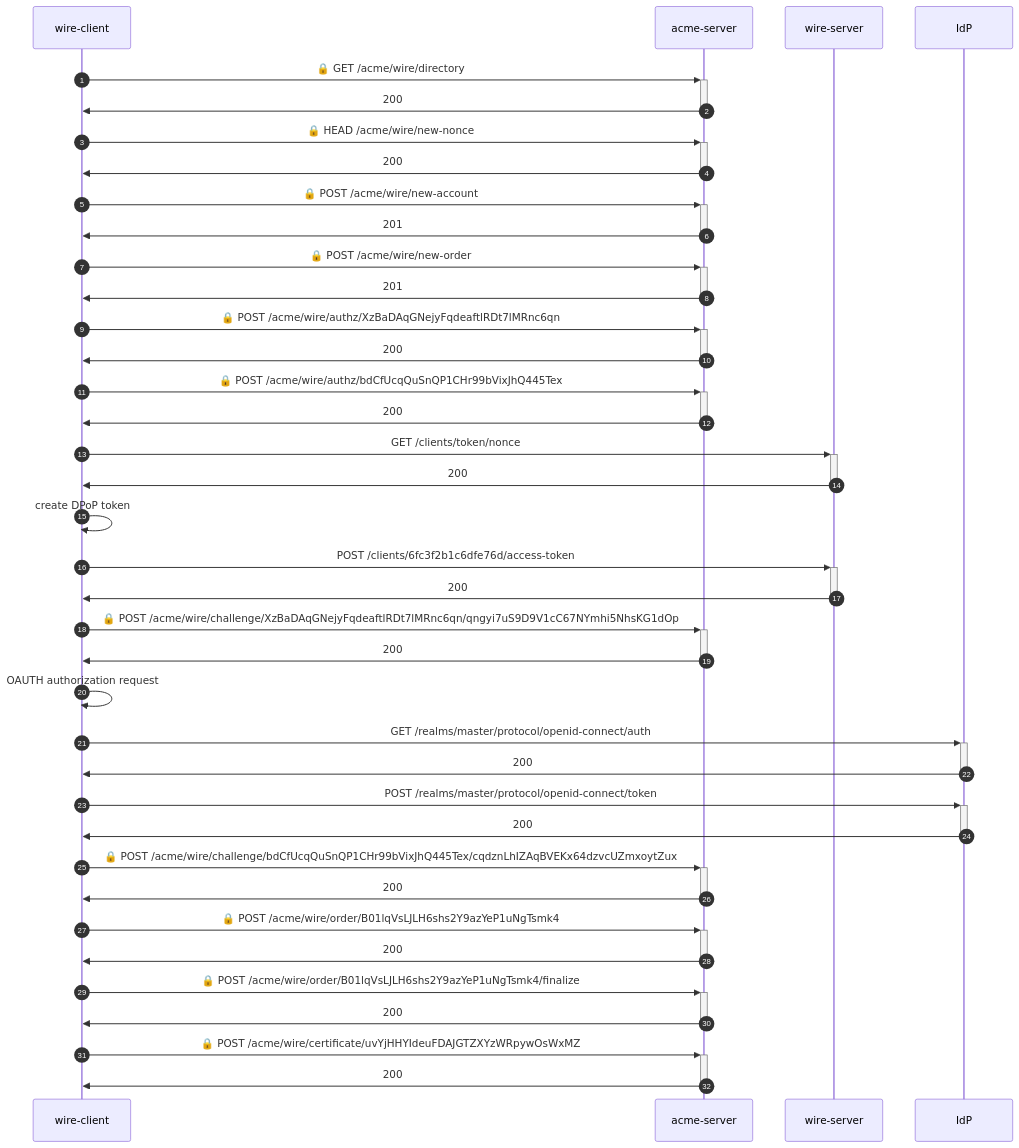
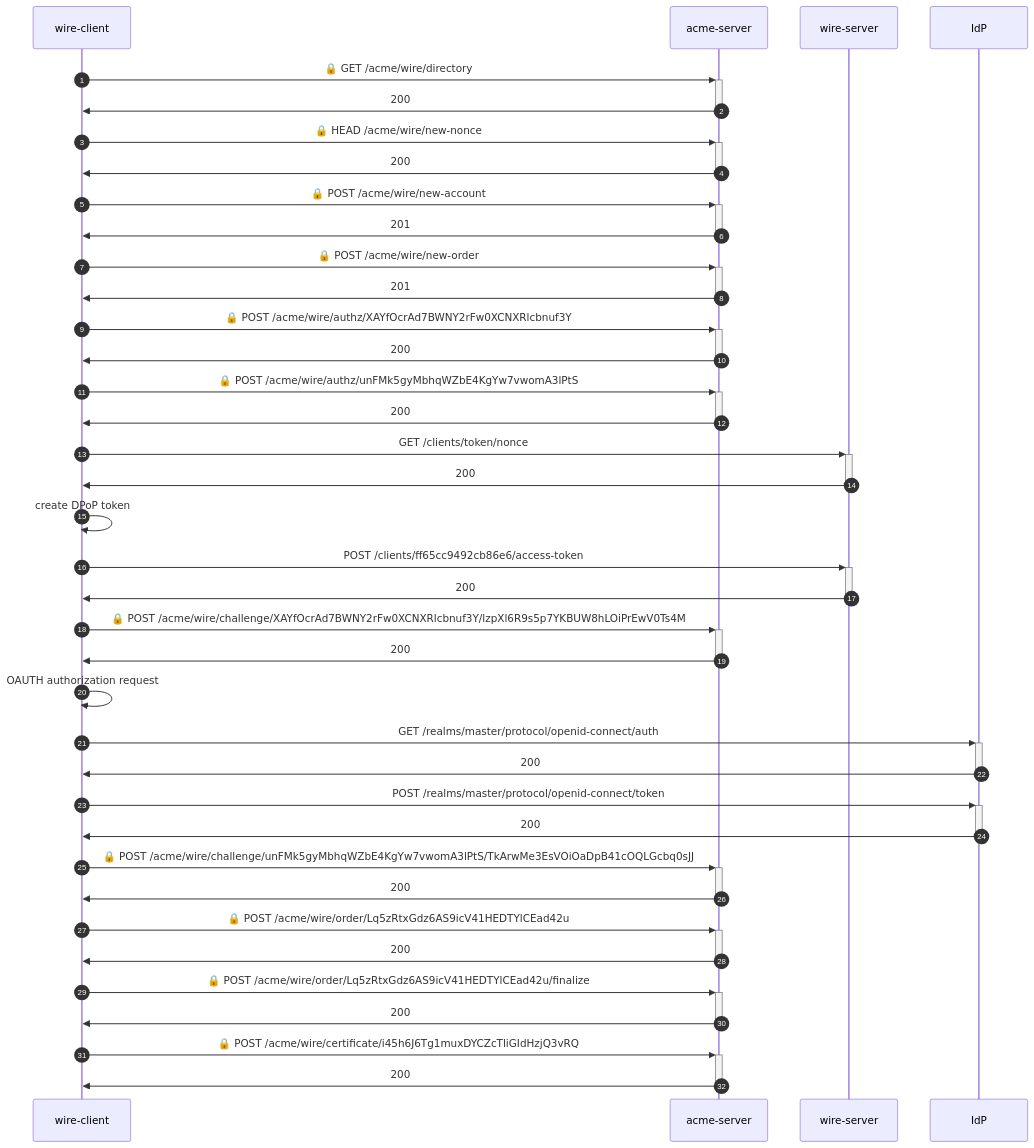
The first of 2 diagrams in e2e-identity/README.md (wireapp/rusty-jwt-tools), drawn with Mermaid before and after one commit. The commit also changed other lines of this file and 14 other files, not shown here.

Commit message:
fix: add a Keycloak ClientPolicyExecutor to alter the idToken generated by a refreshToken

````diff
--- a/e2e-identity/README.md
+++ b/e2e-identity/README.md
@@ -3,36 +3,36 @@
 ```mermaid
 sequenceDiagram
     autonumber
     wire-client->>+acme-server: 🔒 GET /acme/wire/directory
     acme-server->>-wire-client: 200
     wire-client->>+acme-server: 🔒 HEAD /acme/wire/new-nonce
     acme-server->>-wire-client: 200
     wire-client->>+acme-server: 🔒 POST /acme/wire/new-account
     acme-server->>-wire-client: 201
     wire-client->>+acme-server: 🔒 POST /acme/wire/new-order
     acme-server->>-wire-client: 201
-    wire-client->>+acme-server: 🔒 POST /acme/wire/authz/XzBaDAqGNejyFqdeaftlRDt7lMRnc6qn
+    wire-client->>+acme-server: 🔒 POST /acme/wire/authz/XAYfOcrAd7BWNY2rFw0XCNXRlcbnuf3Y
     acme-server->>-wire-client: 200
-    wire-client->>+acme-server: 🔒 POST /acme/wire/authz/bdCfUcqQuSnQP1CHr99bVixJhQ445Tex
+    wire-client->>+acme-server: 🔒 POST /acme/wire/authz/unFMk5gyMbhqWZbE4KgYw7vwomA3lPtS
     acme-server->>-wire-client: 200
     wire-client->>+wire-server:  GET /clients/token/nonce
     wire-server->>-wire-client: 200
     wire-client->>wire-client: create DPoP token
-    wire-client->>+wire-server:  POST /clients/6fc3f2b1c6dfe76d/access-token
+    wire-client->>+wire-server:  POST /clients/ff65cc9492cb86e6/access-token
     wire-server->>-wire-client: 200
-    wire-client->>+acme-server: 🔒 POST /acme/wire/challenge/XzBaDAqGNejyFqdeaftlRDt7lMRnc6qn/qngyi7uS9D9V1cC67NYmhi5NhsKG1dOp
+    wire-client->>+acme-server: 🔒 POST /acme/wire/challenge/XAYfOcrAd7BWNY2rFw0XCNXRlcbnuf3Y/lzpXl6R9s5p7YKBUW8hLOiPrEwV0Ts4M
     acme-server->>-wire-client: 200
     wire-client->>wire-client: OAUTH authorization request
     wire-client->>+IdP:  GET /realms/master/protocol/openid-connect/auth
     IdP->>-wire-client: 200
     wire-client->>+IdP:  POST /realms/master/protocol/openid-connect/token
     IdP->>-wire-client: 200
-    wire-client->>+acme-server: 🔒 POST /acme/wire/challenge/bdCfUcqQuSnQP1CHr99bVixJhQ445Tex/cqdznLhIZAqBVEKx64dzvcUZmxoytZux
+    wire-client->>+acme-server: 🔒 POST /acme/wire/challenge/unFMk5gyMbhqWZbE4KgYw7vwomA3lPtS/TkArwMe3EsVOiOaDpB41cOQLGcbq0sJJ
     acme-server->>-wire-client: 200
-    wire-client->>+acme-server: 🔒 POST /acme/wire/order/B01lqVsLJLH6shs2Y9azYeP1uNgTsmk4
+    wire-client->>+acme-server: 🔒 POST /acme/wire/order/Lq5zRtxGdz6AS9icV41HEDTYlCEad42u
     acme-server->>-wire-client: 200
-    wire-client->>+acme-server: 🔒 POST /acme/wire/order/B01lqVsLJLH6shs2Y9azYeP1uNgTsmk4/finalize
+    wire-client->>+acme-server: 🔒 POST /acme/wire/order/Lq5zRtxGdz6AS9icV41HEDTYlCEad42u/finalize
     acme-server->>-wire-client: 200
-    wire-client->>+acme-server: 🔒 POST /acme/wire/certificate/uvYjHHYIdeuFDAJGTZXYzWRpywOsWxMZ
+    wire-client->>+acme-server: 🔒 POST /acme/wire/certificate/i45h6J6Tg1muxDYCZcTliGIdHzjQ3vRQ
     acme-server->>-wire-client: 200
 ```
````
